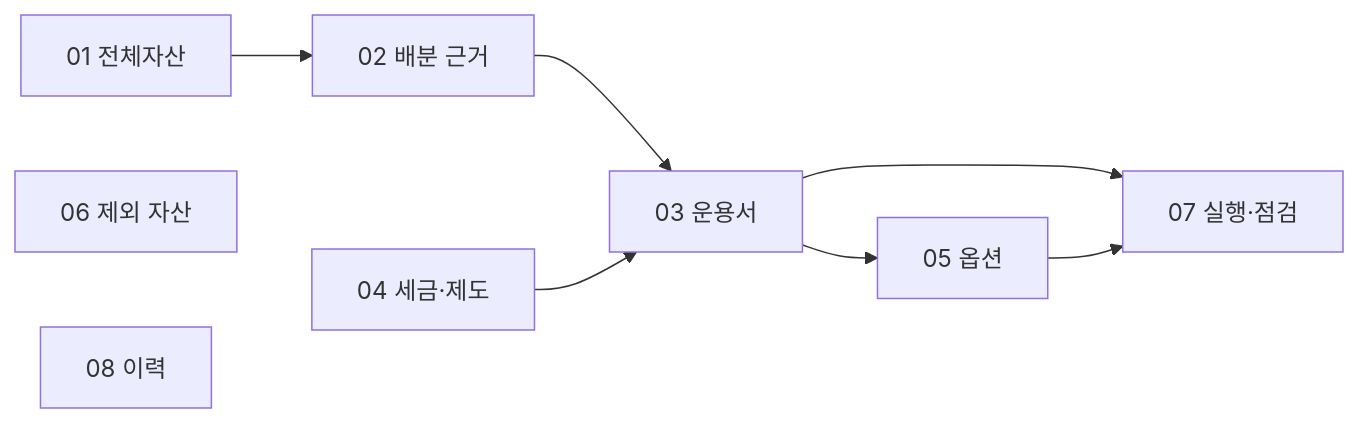
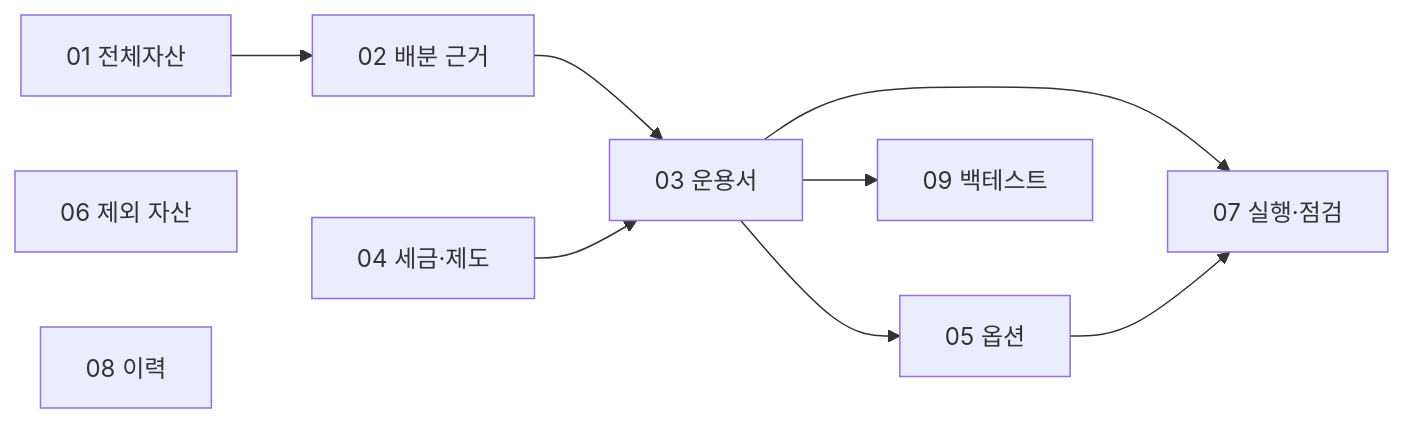
The diagram in vault/fin.portfolio.00-index.md (Luke-SNAW/Luke-SNAW.github.io), drawn with Mermaid before and after one commit. The commit also changed other lines of this file and 4 other files, not shown here.

````diff
--- a/vault/fin.portfolio.00-index.md
+++ b/vault/fin.portfolio.00-index.md
@@ -75,11 +78,12 @@
 ```mermaid
 flowchart LR
   N[01 전체자산] --> A[02 배분 근거]
   A --> R[03 운용서]
   T[04 세금·제도] --> R
   R --> O[05 옵션]
   R --> E[07 실행·점검]
   O --> E
   X[06 제외 자산]
   H[08 이력]
+  R --> B[09 백테스트]
 ```
````
